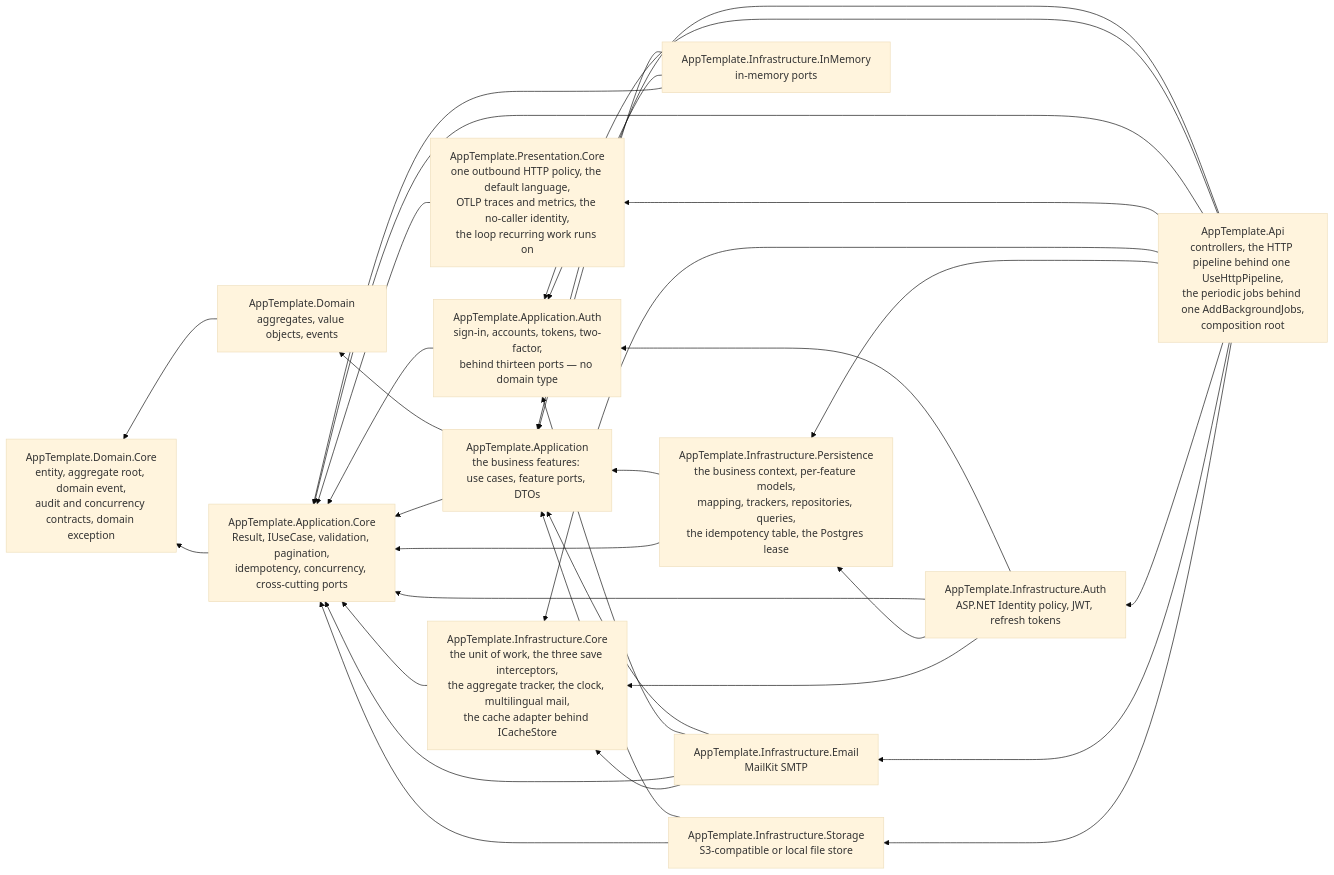
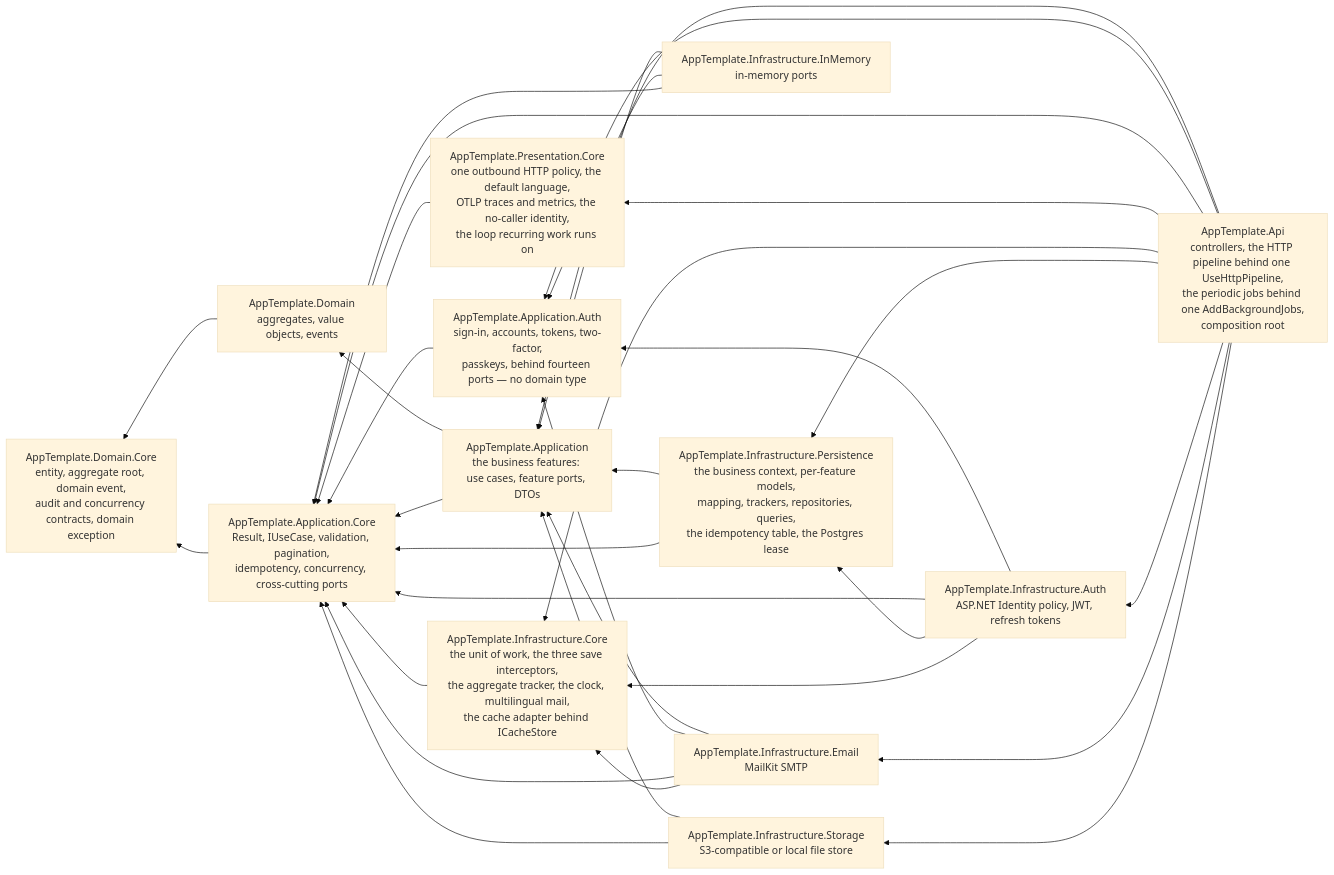
Before and after one commit to Pierre-MarieMarchio/Template-DotNet_Clean_Architecture: the diagram in docs/ARCHITECTURE.md, drawn with Mermaid (base theme). The commit also changed other lines of this file and 75 other files, not shown here.

First line of the commit message:
feat(auth): sign in and manage passkeys

````diff
--- a/docs/ARCHITECTURE.md
+++ b/docs/ARCHITECTURE.md
@@ -52,48 +52,48 @@
 ```mermaid
 graph RL
     Api[AppTemplate.Api<br/>controllers, the HTTP pipeline behind one UseHttpPipeline,<br/>the periodic jobs behind one AddBackgroundJobs,<br/>composition root]
     PresCore[AppTemplate.Presentation.Core<br/>one outbound HTTP policy, the default language,<br/>OTLP traces and metrics, the no-caller identity,<br/>the loop recurring work runs on]
     Ident[AppTemplate.Infrastructure.Auth<br/>ASP.NET Identity policy, JWT, refresh tokens]
     Mail[AppTemplate.Infrastructure.Email<br/>MailKit SMTP]
     Store[AppTemplate.Infrastructure.Storage<br/>S3-compatible or local file store]
     Mem[AppTemplate.Infrastructure.InMemory<br/>in-memory ports]
     Pers[AppTemplate.Infrastructure.Persistence<br/>the business context, per-feature models,<br/>mapping, trackers, repositories, queries,<br/>the idempotency table, the Postgres lease]
     InfraCore[AppTemplate.Infrastructure.Core<br/>the unit of work, the three save interceptors,<br/>the aggregate tracker, the clock, multilingual mail,<br/>the cache adapter behind ICacheStore]
     App[AppTemplate.Application<br/>the business features: use cases, feature ports, DTOs]
-    Auth[AppTemplate.Application.Auth<br/>sign-in, accounts, tokens, two-factor,<br/>behind thirteen ports — no domain type]
+    Auth[AppTemplate.Application.Auth<br/>sign-in, accounts, tokens, two-factor,<br/>passkeys, behind fourteen ports — no domain type]
     AppCore[AppTemplate.Application.Core<br/>Result, IUseCase, validation, pagination,<br/>idempotency, concurrency, cross-cutting ports]
     Dom[AppTemplate.Domain<br/>aggregates, value objects, events]
     DomCore[AppTemplate.Domain.Core<br/>entity, aggregate root, domain event,<br/>audit and concurrency contracts, domain exception]
 
     Dom --> DomCore
     AppCore --> DomCore
     App --> Dom
     App --> AppCore
     Auth --> AppCore
     PresCore --> AppCore
     InfraCore --> AppCore
     Pers --> App
     Pers --> AppCore
     Ident --> Auth
     Ident --> AppCore
     Ident --> Pers
     Ident --> InfraCore
     Mail --> App
     Mail --> Auth
     Mail --> AppCore
     Mail --> InfraCore
     Store --> App
     Store --> AppCore
     Mem --> App
     Mem --> Auth
     Mem --> AppCore
     Api --> App
     Api --> Auth
     Api --> AppCore
     Api --> PresCore
     Api --> InfraCore
     Api --> Pers
     Api --> Ident
     Api --> Mail
     Api --> Store
 ```
````
